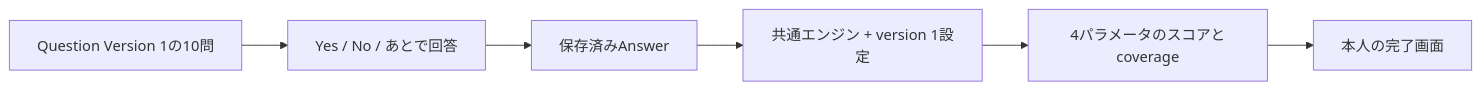
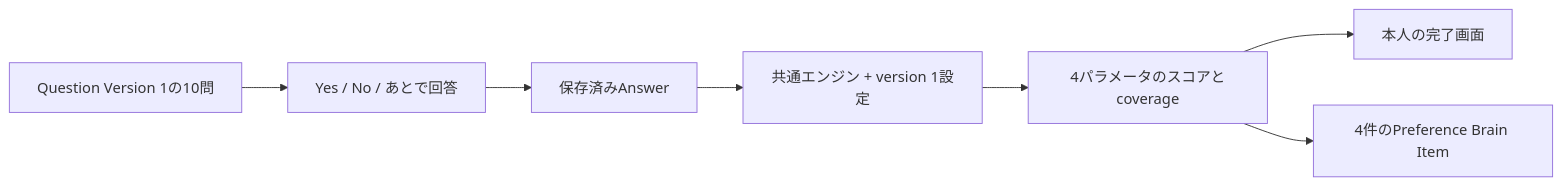
One commit to kkyosuke/me-builder changed the diagram in docs/diagnosis/scoring/relationship-priority-parameter-design.md. Above: the diagram before and after it, drawn with Mermaid. The commit also changed other lines of this file and 15 other files, not shown here.

````diff
--- a/docs/diagnosis/scoring/relationship-priority-parameter-design.md
+++ b/docs/diagnosis/scoring/relationship-priority-parameter-design.md
@@ -86,8 +86,9 @@
 ```mermaid
 flowchart LR
     Q[Question Version 1の10問] --> A[Yes / No / あとで回答]
     A --> D1[保存済みAnswer]
     D1 --> S[共通エンジン + version 1設定]
     S --> P[4パラメータのスコアとcoverage]
     P --> U[本人の完了画面]
+    P --> B[4件のPreference Brain Item]
 ```
````
